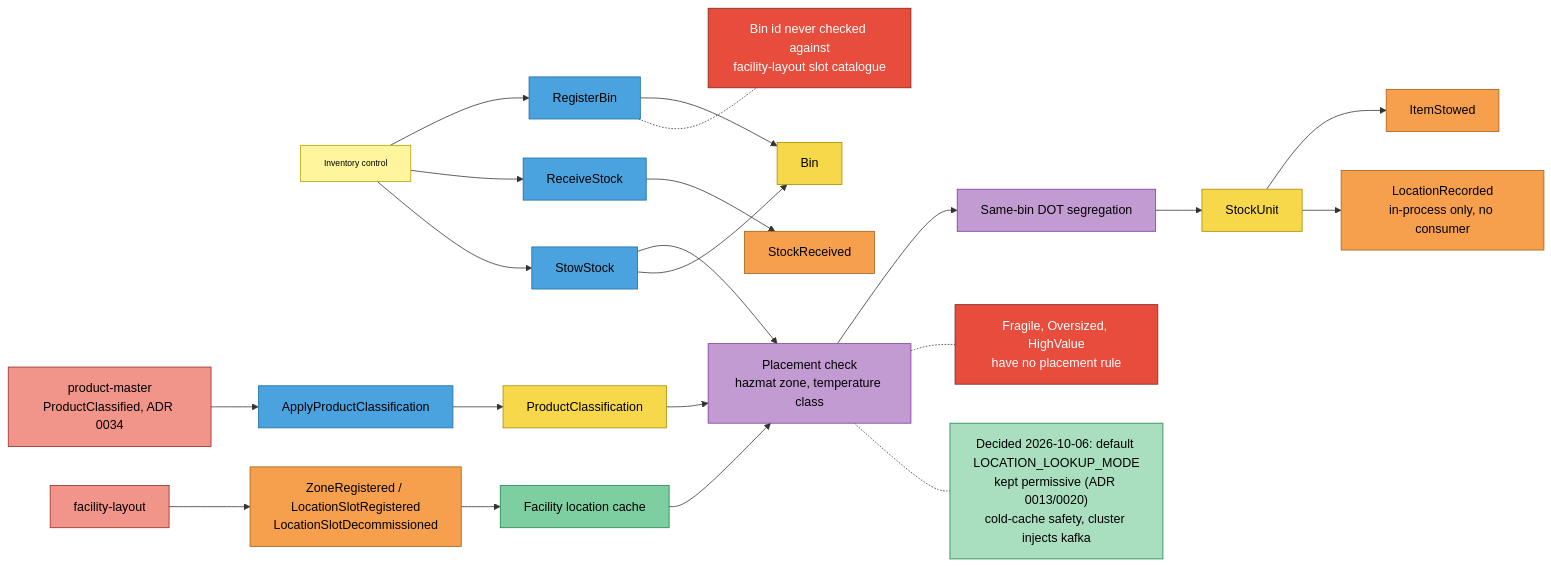
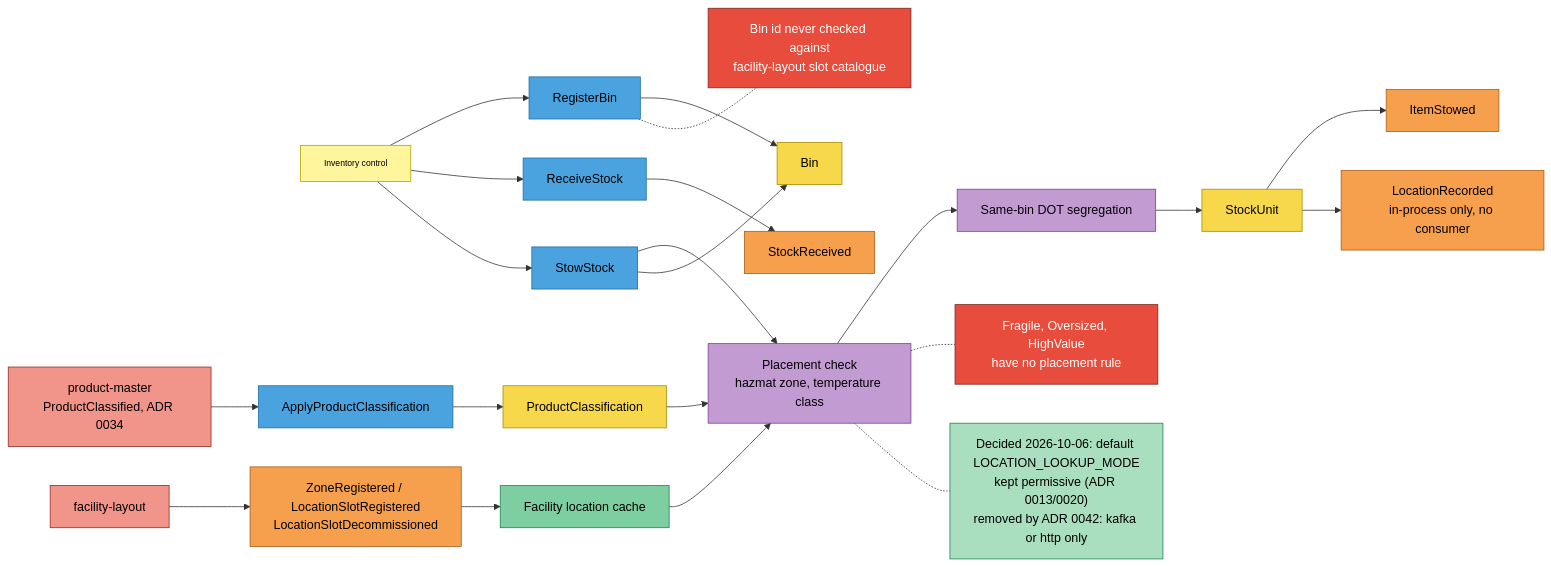
Before and after one commit to IQVO/inventory-storage: the second of 4 diagrams in docs/docs/ddd/eventstorming.md, drawn with Mermaid. The commit also changed other lines of this file and 9 other files, not shown here.

First line of the commit message:
docs: DDD pages, context map and AsyncAPI prose no longer describe optional consumers or permissive lookup (ADR 0042)

````diff
--- a/docs/docs/ddd/eventstorming.md
+++ b/docs/docs/ddd/eventstorming.md
@@ -42,47 +42,47 @@
 ```mermaid
 flowchart LR
     IC["Inventory control"]:::actor
     FL["facility-layout"]:::external
     ZE["ZoneRegistered / LocationSlotRegistered<br/>LocationSlotDecommissioned"]:::event
     CACHE["Facility location cache"]:::readmodel
     RB["RegisterBin"]:::command
     BIN["Bin"]:::aggregate
     PM["product-master<br/>ProductClassified, ADR 0034"]:::external
     CP["ApplyProductClassification"]:::command
     PC["ProductClassification"]:::aggregate
     RS["ReceiveStock"]:::command
     SRE["StockReceived"]:::event
     SS["StowStock"]:::command
     PLC["Placement check<br/>hazmat zone, temperature class"]:::policy
     SEG["Same-bin DOT segregation"]:::policy
     SU["StockUnit"]:::aggregate
     IS["ItemStowed"]:::event
     LR["LocationRecorded<br/>in-process only, no consumer"]:::event
     H1["Bin id never checked against<br/>facility-layout slot catalogue"]:::hotspot
     H2["Fragile, Oversized, HighValue<br/>have no placement rule"]:::hotspot
-    H3["Decided 2026-10-06: default LOCATION_LOOKUP_MODE<br/>kept permissive (ADR 0013/0020)<br/>cold-cache safety, cluster injects kafka"]:::decided
+    H3["Decided 2026-10-06: default LOCATION_LOOKUP_MODE<br/>kept permissive (ADR 0013/0020)<br/>removed by ADR 0042: kafka or http only"]:::decided
 
     FL --> ZE --> CACHE
     IC --> RB --> BIN
     PM --> CP --> PC --> PLC
     IC --> RS --> SRE
     IC --> SS --> PLC
     CACHE --> PLC
     PLC --> SEG --> SU
     SS --> BIN
     SU --> IS
     SU --> LR
     RB -.- H1
     PLC -.- H2
     PLC -.- H3
 
     classDef actor fill:#fff59d,stroke:#b59f00,color:#000,font-size:11px
     classDef command fill:#4aa3df,stroke:#1f6f9f,color:#000
     classDef aggregate fill:#f7d84a,stroke:#a68b00,color:#000
     classDef event fill:#f6a04d,stroke:#a85d14,color:#000
     classDef policy fill:#c39bd3,stroke:#7d3c98,color:#000
     classDef readmodel fill:#7dcea0,stroke:#1e8449,color:#000
     classDef external fill:#f1948a,stroke:#922b21,color:#000
     classDef hotspot fill:#e74c3c,stroke:#78281f,color:#fff
     classDef decided fill:#a9dfbf,stroke:#1e8449,color:#000
 ```
````
